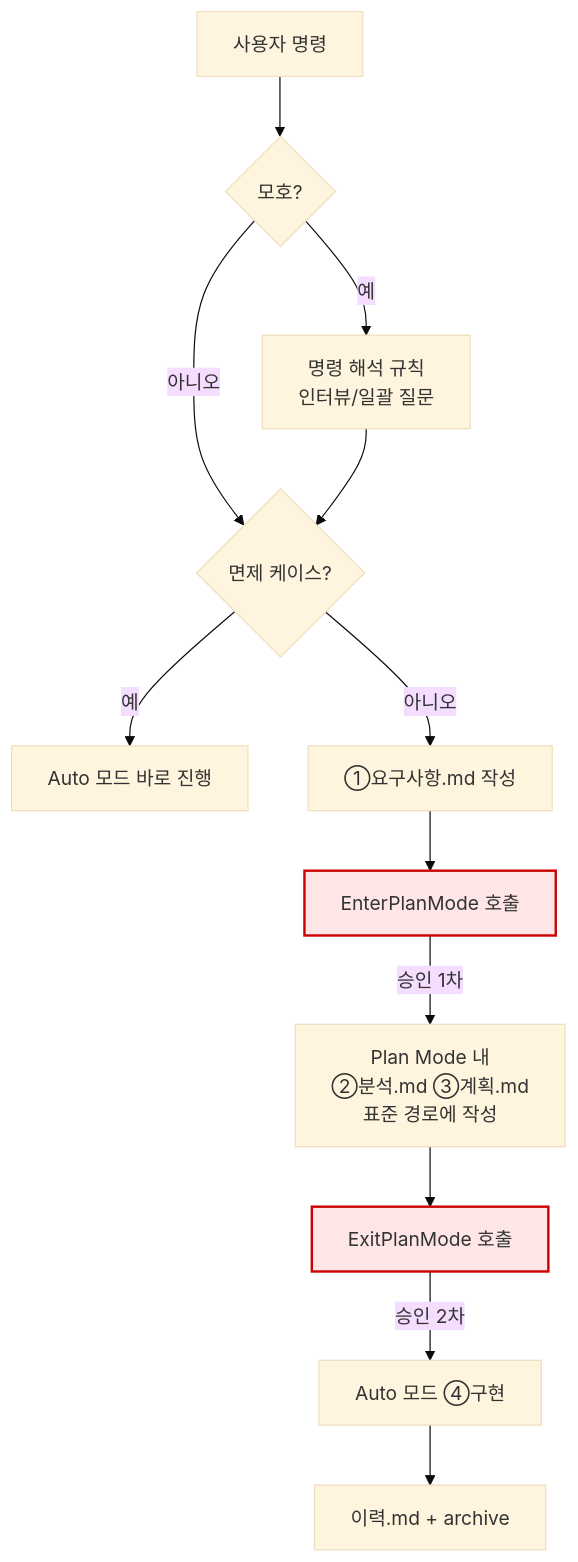
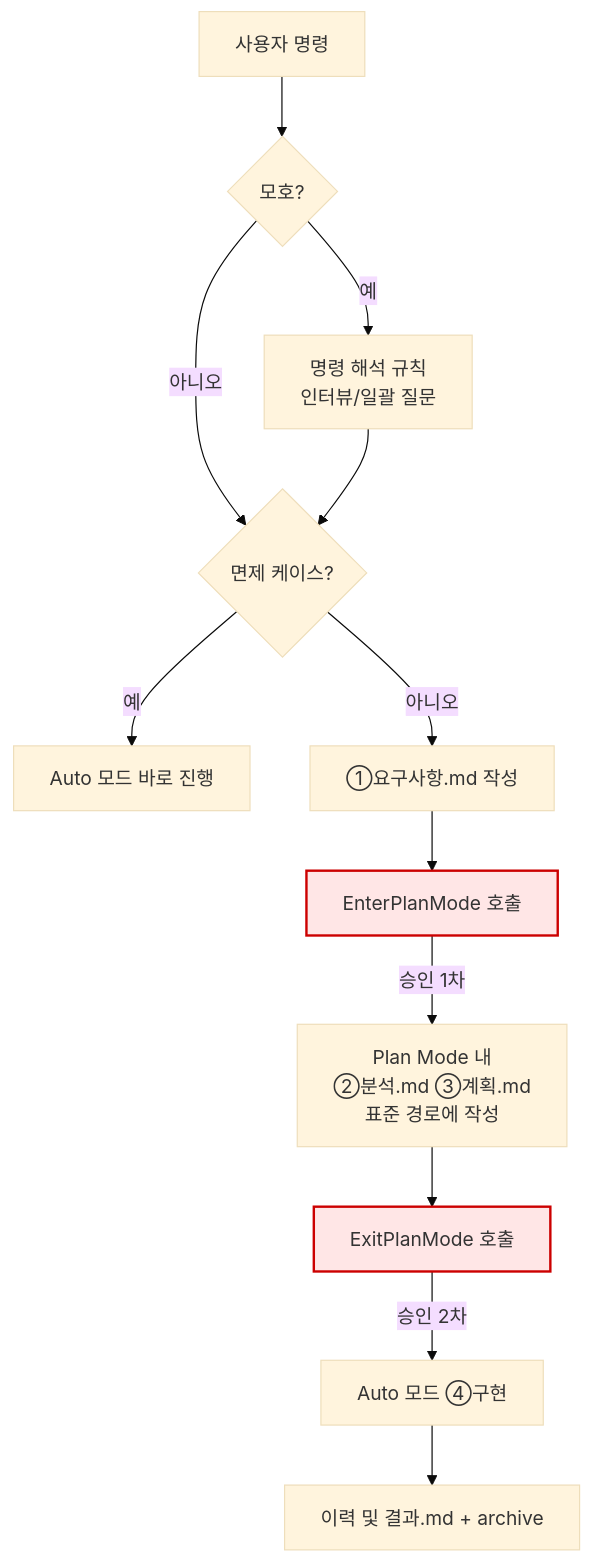
One commit to eskim-todoc/claude changed the diagram in docs/지침/일반/계획 모드 자동 진입.md. Above: the diagram before and after it, drawn with Mermaid (base theme). The commit also changed 83 other files, not shown here.

````diff
--- a/docs/지침/일반/계획 모드 자동 진입.md
+++ b/docs/지침/일반/계획 모드 자동 진입.md
@@ -38,17 +38,17 @@
 ```mermaid
 flowchart TD
     A["사용자 명령"] --> B{모호?}
     B -->|예| C["명령 해석 규칙<br/>인터뷰/일괄 질문"]
     B -->|아니오| D{면제 케이스?}
     C --> D
     D -->|예| E["Auto 모드 바로 진행"]
     D -->|아니오| F["①요구사항.md 작성"]
     F --> G["EnterPlanMode 호출"]
     G -->|승인 1차| H["Plan Mode 내<br/>②분석.md ③계획.md<br/>표준 경로에 작성"]
     H --> I["ExitPlanMode 호출"]
     I -->|승인 2차| J["Auto 모드 ④구현"]
-    J --> K["이력.md + archive"]
+    J --> K["이력 및 결과.md + archive"]
 
     classDef gate fill:#ffe6e6,stroke:#c00,stroke-width:2px
     class G,I gate
 ```
````
